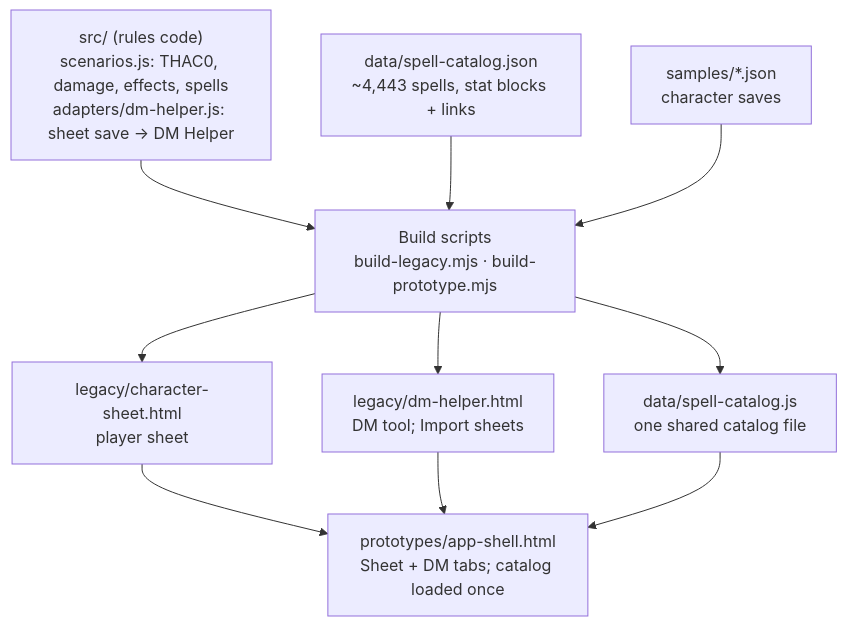
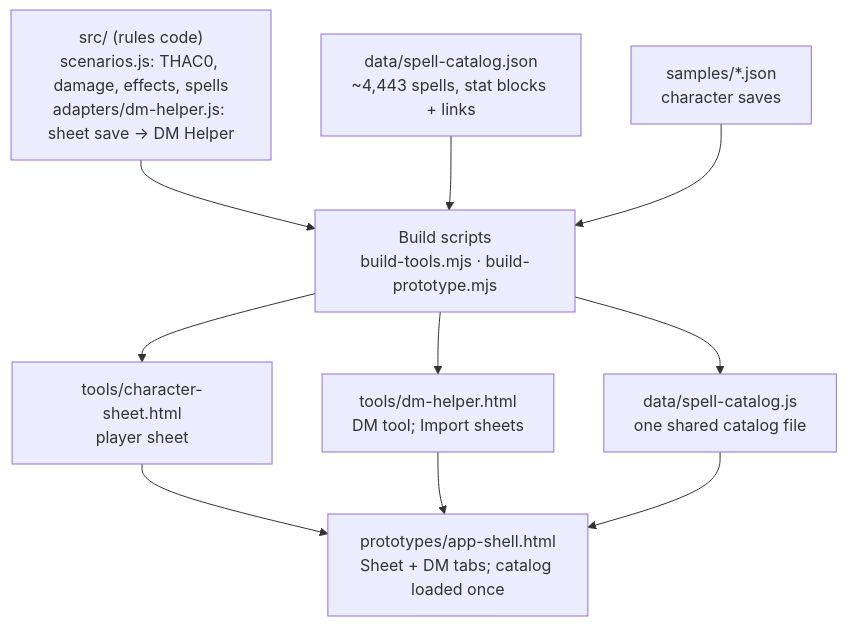
Before and after one commit to wmartin0103/app.adnd: the diagram in handoff.md, drawn with Mermaid. The commit also changed other lines of this file and 22 other files, not shown here.

Commit message:
Shorter addresses: the tools are published at sheet/ and dm/ (legacy/ renamed tools/ in the repo); the old addresses forward, keeping ?id=

````diff
--- a/handoff.md
+++ b/handoff.md
@@ -121,20 +121,20 @@
 ```mermaid
 flowchart TD
   src["src/ (rules code)<br/>scenarios.js: THAC0, damage, effects, spells<br/>adapters/dm-helper.js: sheet save → DM Helper"]
   json["data/spell-catalog.json<br/>~4,443 spells, stat blocks + links"]
   samples["samples/*.json<br/>character saves"]
-  build["Build scripts<br/>build-legacy.mjs · build-prototype.mjs"]
-  sheet["legacy/character-sheet.html<br/>player sheet"]
-  dm["legacy/dm-helper.html<br/>DM tool; Import sheets"]
+  build["Build scripts<br/>build-tools.mjs · build-prototype.mjs"]
+  sheet["tools/character-sheet.html<br/>player sheet"]
+  dm["tools/dm-helper.html<br/>DM tool; Import sheets"]
   js["data/spell-catalog.js<br/>one shared catalog file"]
   preview["prototypes/app-shell.html<br/>Sheet + DM tabs; catalog loaded once"]
   src --> build
   json --> build
   samples --> build
   build --> sheet
   build --> dm
   build --> js
   sheet --> preview
   dm --> preview
   js --> preview
 ```
````
